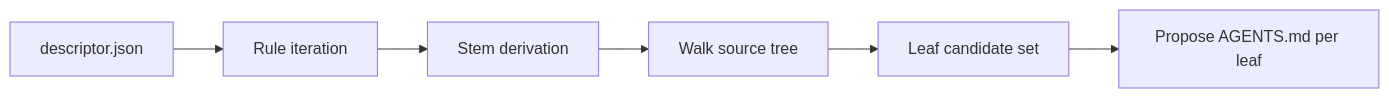
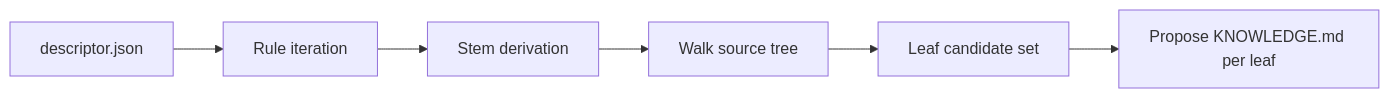
The diagram in docusaurus/skills/discover-knowledge.md (palaeologic/opencode-conductor), drawn with Mermaid before and after one commit. The commit also changed other lines of this file and 373 other files, not shown here.

````diff
--- a/docusaurus/skills/discover-knowledge.md
+++ b/docusaurus/skills/discover-knowledge.md
@@ -20,8 +20,8 @@
 ```mermaid
 flowchart LR
   D[descriptor.json] --> R[Rule iteration]
   R --> S[Stem derivation]
   S --> W[Walk source tree]
   W --> L[Leaf candidate set]
-  L --> P[Propose AGENTS.md per leaf]
+  L --> P[Propose KNOWLEDGE.md per leaf]
 ```
````
